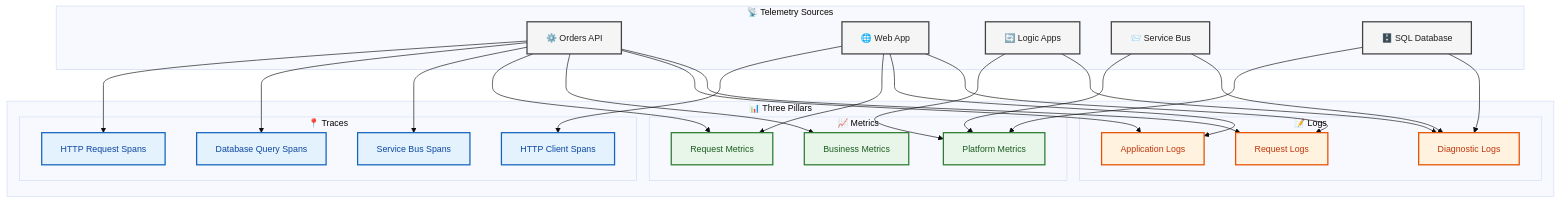
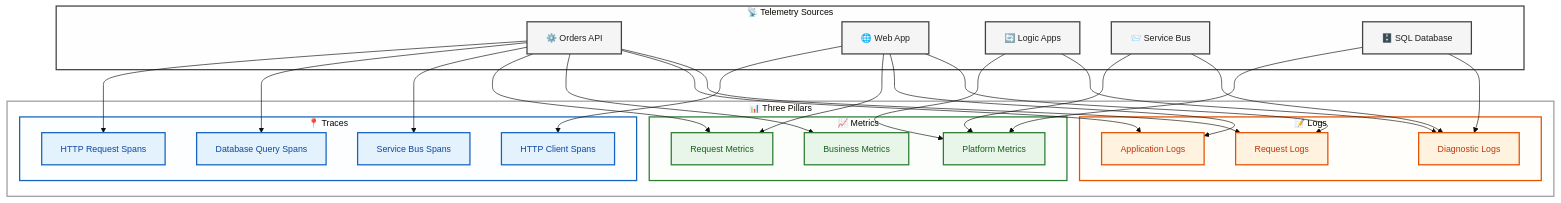
The fifth of 6 diagrams in docs/architecture/02-data-architecture.md (Evilazaro/Azure-LogicApps-Monitoring), drawn with Mermaid before and after one commit. The commit also changed other lines of this file and 1 other file, not shown here.

Commit message:
Enhance architecture diagrams with improved subgraph container styling for better visual layer grouping

````diff
--- a/docs/architecture/02-data-architecture.md
+++ b/docs/architecture/02-data-architecture.md
@@ -256,49 +267,56 @@
 ```mermaid
 %%{init: {'theme': 'base', 'themeVariables': { 'fontSize': '14px'}}}%%
 flowchart TB
     subgraph Sources["📡 Telemetry Sources"]
         API["⚙️ Orders API"]
         Web["🌐 Web App"]
         LA["🔄 Logic Apps"]
         SB["📨 Service Bus"]
         SQL["🗄️ SQL Database"]
     end
 
     subgraph Pillars["📊 Three Pillars"]
         subgraph Traces["📍 Traces"]
             T1["HTTP Request Spans"]
             T2["Database Query Spans"]
             T3["Service Bus Spans"]
             T4["HTTP Client Spans"]
         end
         
         subgraph Metrics["📈 Metrics"]
             M1["Request Metrics"]
             M2["Business Metrics"]
             M3["Platform Metrics"]
         end
         
         subgraph Logs["📝 Logs"]
             L1["Application Logs"]
             L2["Request Logs"]
             L3["Diagnostic Logs"]
         end
     end
 
     API --> T1 & T2 & T3 & M1 & M2 & L1 & L2
     Web --> T4 & M1 & L1 & L2
     LA --> M3 & L3
     SB --> M3 & L3
     SQL --> M3 & L3
 
     %% Accessible color palette for three pillars
     classDef trace fill:#e3f2fd,stroke:#1565c0,stroke-width:2px,color:#0d47a1
     classDef metric fill:#e8f5e9,stroke:#2e7d32,stroke-width:2px,color:#1b5e20
     classDef log fill:#fff3e0,stroke:#e65100,stroke-width:2px,color:#bf360c
     classDef source fill:#f5f5f5,stroke:#424242,stroke-width:2px,color:#212121
 
     class T1,T2,T3,T4 trace
     class M1,M2,M3 metric
     class L1,L2,L3 log
     class API,Web,LA,SB,SQL source
+
+    %% Subgraph container styling for visual layer grouping
+    style Sources fill:#f5f5f522,stroke:#424242,stroke-width:2px
+    style Pillars fill:#fafafa22,stroke:#9e9e9e,stroke-width:2px
+    style Traces fill:#e3f2fd22,stroke:#1565c0,stroke-width:2px
+    style Metrics fill:#e8f5e922,stroke:#2e7d32,stroke-width:2px
+    style Logs fill:#fff3e022,stroke:#e65100,stroke-width:2px
 ```
````
